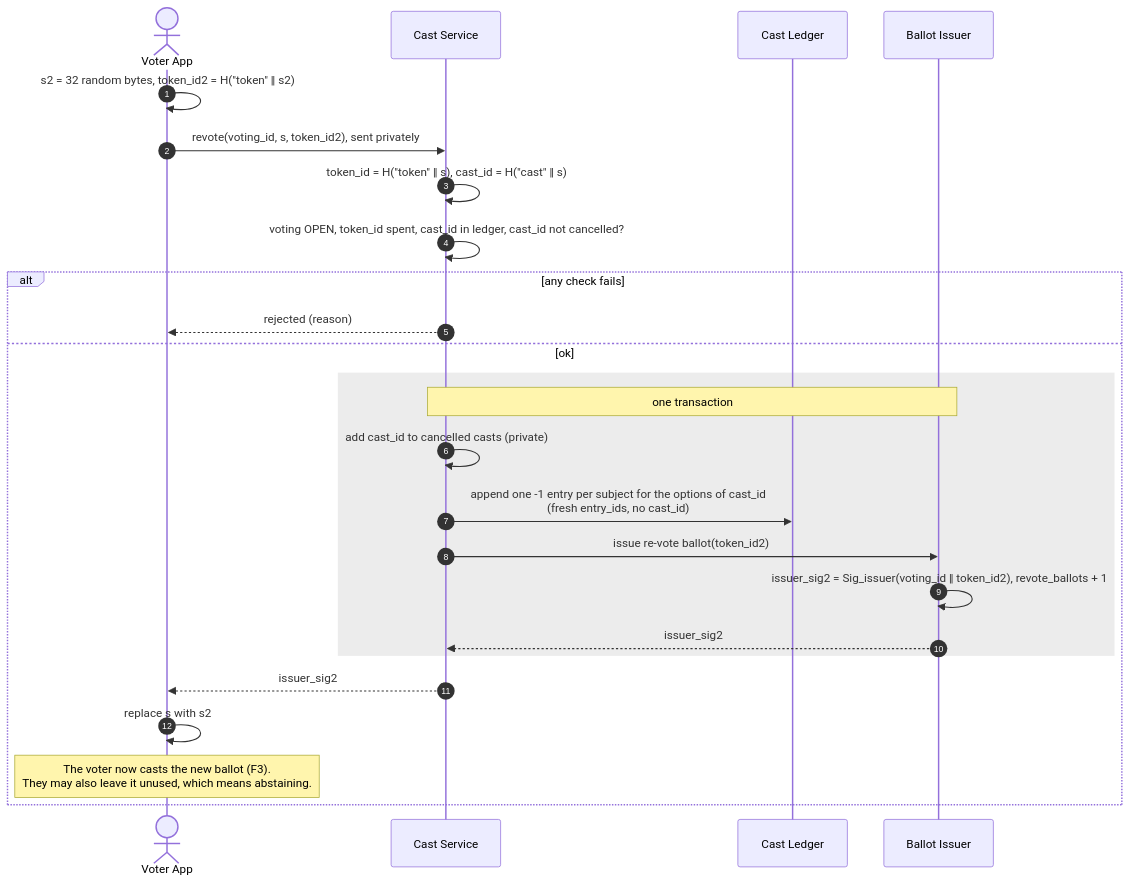
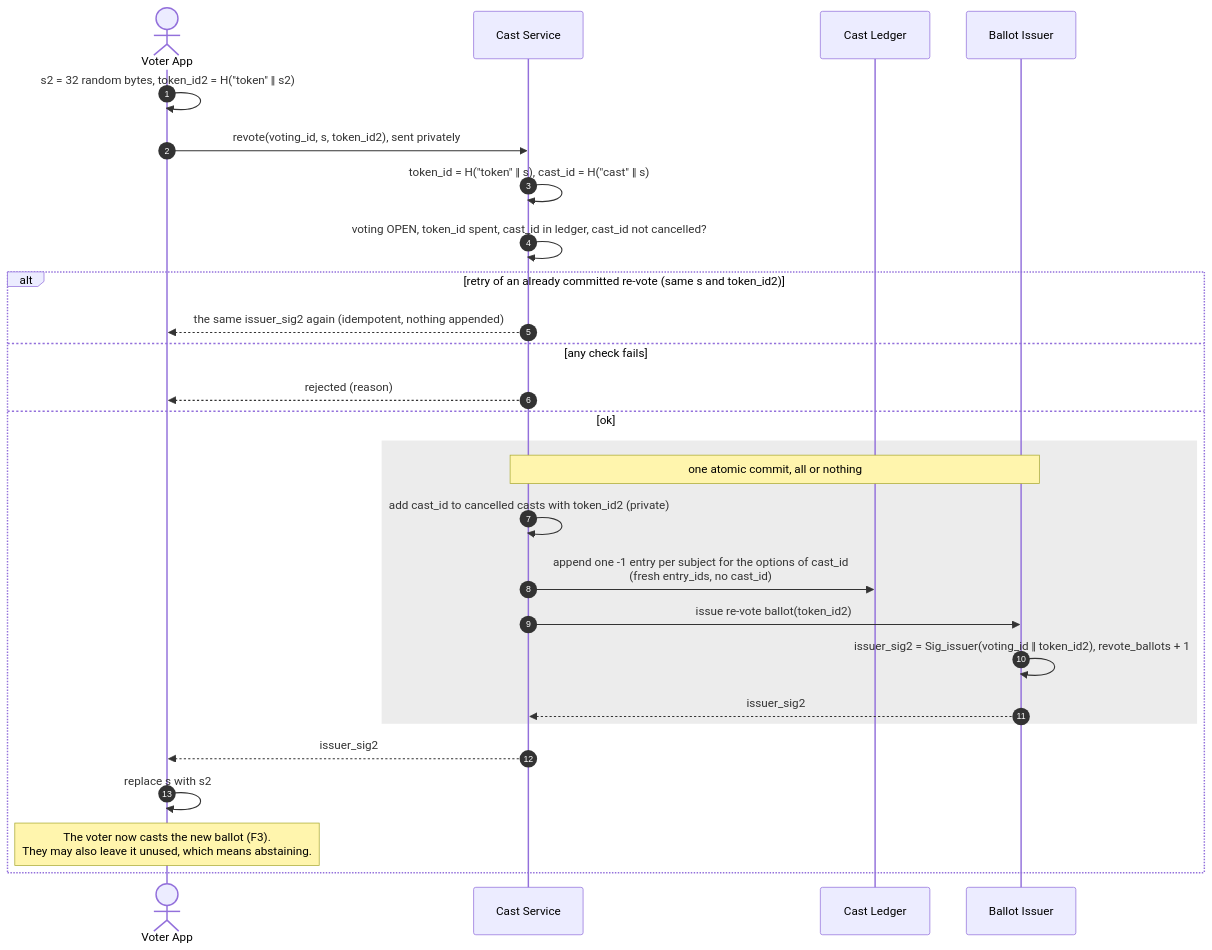
The fourth of 8 diagrams in docs/04-flows.md (s4ysolutions/e-voting-machine), drawn with Mermaid before and after one commit. The commit also changed other lines of this file and 8 other files, not shown here.

````diff
--- a/docs/04-flows.md
+++ b/docs/04-flows.md
@@ -98,28 +109,30 @@
 ```mermaid
 sequenceDiagram
     autonumber
     actor V as Voter App
     participant CS as Cast Service
     participant CL as Cast Ledger
     participant BI as Ballot Issuer
 
     V->>V: s2 = 32 random bytes, token_id2 = H("token" ‖ s2)
     V->>CS: revote(voting_id, s, token_id2), sent privately
     CS->>CS: token_id = H("token" ‖ s), cast_id = H("cast" ‖ s)
     CS->>CS: voting OPEN, token_id spent, cast_id in ledger, cast_id not cancelled?
-    alt any check fails
+    alt retry of an already committed re-vote (same s and token_id2)
+        CS-->>V: the same issuer_sig2 again (idempotent, nothing appended)
+    else any check fails
         CS-->>V: rejected (reason)
     else ok
         rect rgba(127, 127, 127, 0.15)
-            Note over CS,BI: one transaction
-            CS->>CS: add cast_id to cancelled casts (private)
+            Note over CS,BI: one atomic commit, all or nothing
+            CS->>CS: add cast_id to cancelled casts with token_id2 (private)
             CS->>CL: append one -1 entry per subject for the options of cast_id<br/>(fresh entry_ids, no cast_id)
             CS->>BI: issue re-vote ballot(token_id2)
             BI->>BI: issuer_sig2 = Sig_issuer(voting_id ‖ token_id2), revote_ballots + 1
             BI-->>CS: issuer_sig2
         end
         CS-->>V: issuer_sig2
         V->>V: replace s with s2
         Note over V: The voter now casts the new ballot (F3).<br/>They may also leave it unused, which means abstaining.
     end
 ```
````
